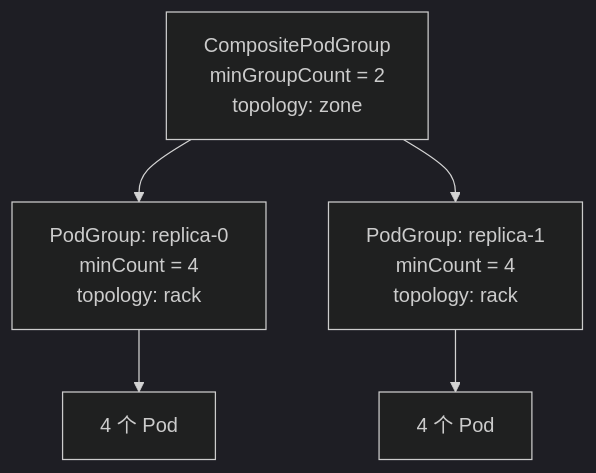
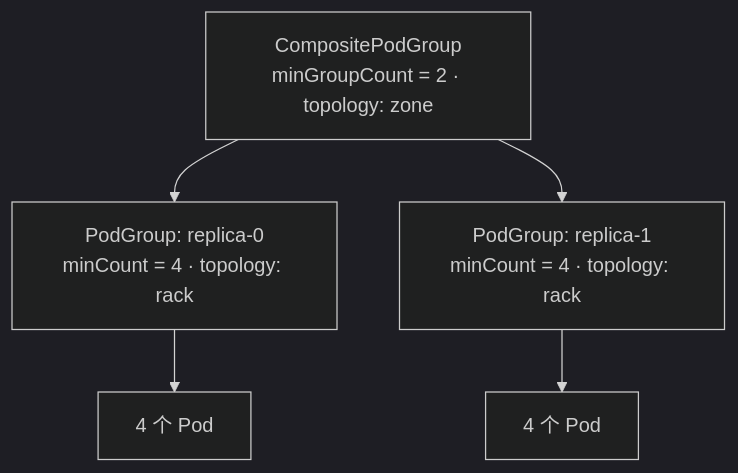
Before and after one commit to JesseStutler/volcano: the fourth of 11 diagrams in docs/research/k8s-workload-aware-scheduling-vs-volcano-cn.md, drawn with Mermaid (dark theme). The commit also changed other lines of this file and 1 other file, not shown here.

First line of the commit message:
docs: tighten report for sharing and add single-Pod vs PodGroup flow

````diff
--- a/docs/research/k8s-workload-aware-scheduling-vs-volcano-cn.md
+++ b/docs/research/k8s-workload-aware-scheduling-vs-volcano-cn.md
@@ -259,10 +193,10 @@
 ```mermaid
 flowchart TD
-    Root["CompositePodGroup<br/>minGroupCount = 2<br/>topology: zone"]
-    R0["PodGroup: replica-0<br/>minCount = 4<br/>topology: rack"]
-    R1["PodGroup: replica-1<br/>minCount = 4<br/>topology: rack"]
+    Root["CompositePodGroup<br/>minGroupCount = 2 · topology: zone"]
+    R0["PodGroup: replica-0<br/>minCount = 4 · topology: rack"]
+    R1["PodGroup: replica-1<br/>minCount = 4 · topology: rack"]
     Root --> R0
     Root --> R1
     R0 --> P0["4 个 Pod"]
     R1 --> P1["4 个 Pod"]
 ```
````
